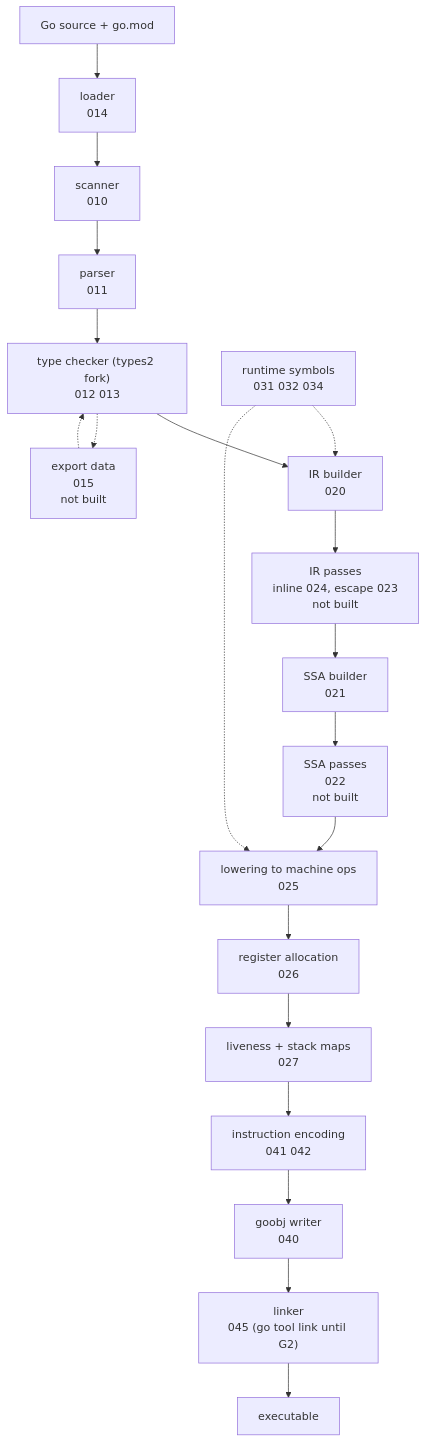
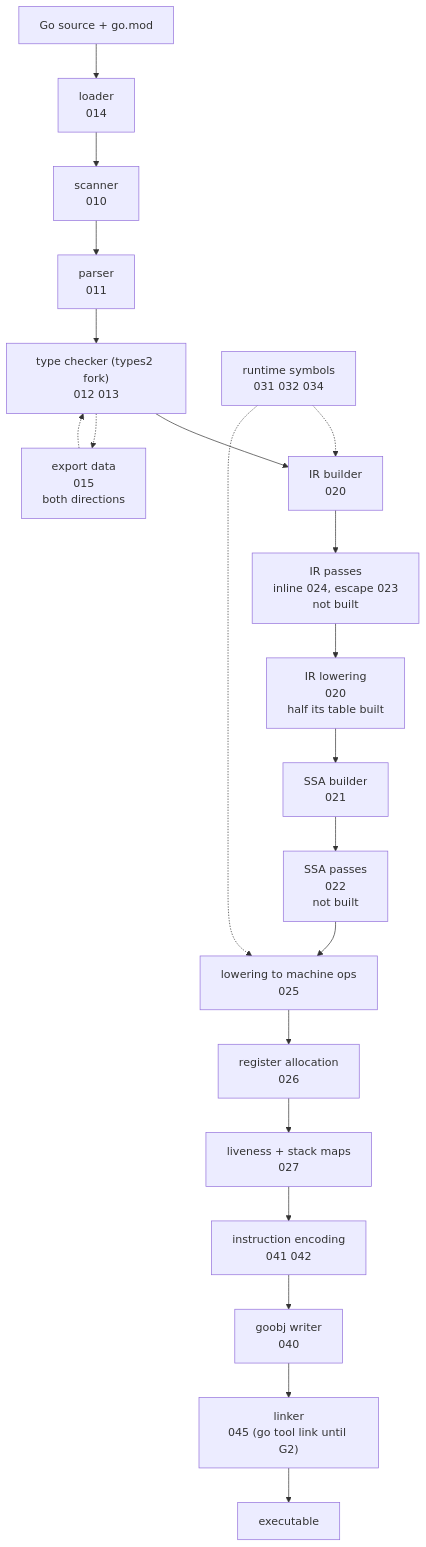
The diagram in specs/002-architecture.md (golang-design/nanogo), drawn with Mermaid before and after one commit. The commit also changed other lines of this file and 22 other files, not shown here.

````diff
--- a/specs/002-architecture.md
+++ b/specs/002-architecture.md
@@ -17,27 +17,28 @@
 ```mermaid
 flowchart TD
   src["Go source + go.mod"]
   load["loader<br/>014"]
   scan["scanner<br/>010"]
   parse["parser<br/>011"]
   check["type checker (types2 fork)<br/>012 013"]
   irgen["IR builder<br/>020"]
+  irlow["IR lowering<br/>020<br/>half its table built"]
   opt1["IR passes<br/>inline 024, escape 023<br/>not built"]
   ssa["SSA builder<br/>021"]
   opt2["SSA passes<br/>022<br/>not built"]
   lower["lowering to machine ops<br/>025"]
   regalloc["register allocation<br/>026"]
   live["liveness + stack maps<br/>027"]
   emit["instruction encoding<br/>041 042"]
   obj["goobj writer<br/>040"]
   link["linker<br/>045 (go tool link until G2)"]
   bin["executable"]
 
   src --> load --> scan --> parse --> check --> irgen
-  irgen --> opt1 --> ssa --> opt2 --> lower --> regalloc --> live --> emit --> obj --> link --> bin
+  irgen --> opt1 --> irlow --> ssa --> opt2 --> lower --> regalloc --> live --> emit --> obj --> link --> bin
 
   rt["runtime symbols<br/>031 032 034"] -.-> irgen
   rt -.-> lower
-  exp["export data<br/>015<br/>not built"] -.-> check
+  exp["export data<br/>015<br/>both directions"] -.-> check
   check -.-> exp
 ```
````
